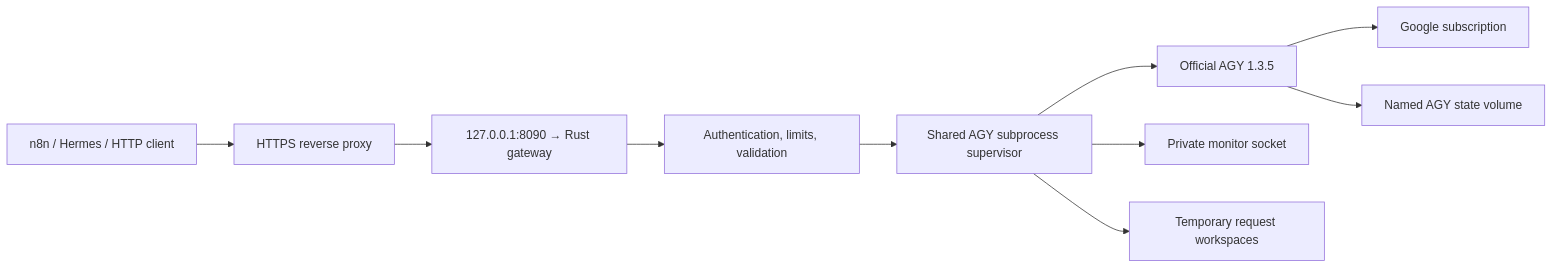
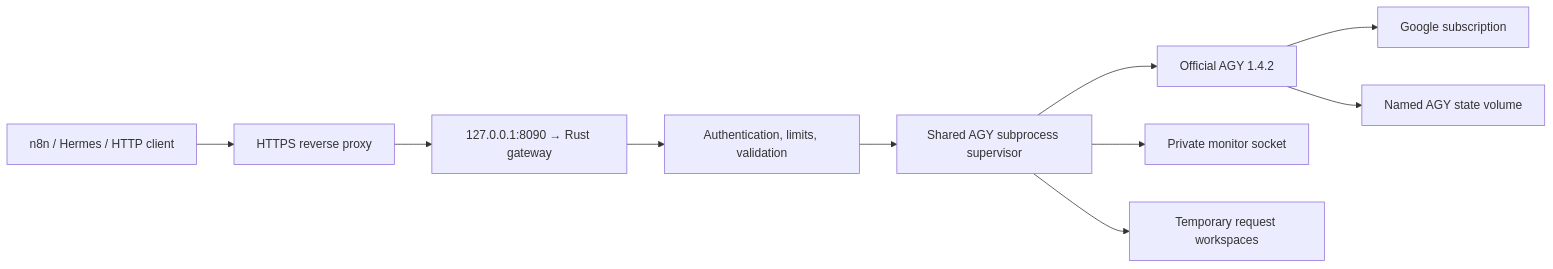
The diagram in README.md (leomleao/ai-router), drawn with Mermaid before and after one commit. The commit also changed 13 other files, not shown here.

````diff
--- a/README.md
+++ b/README.md
@@ -11,12 +11,12 @@
 ```mermaid
 flowchart LR
     C[n8n / Hermes / HTTP client] --> P[HTTPS reverse proxy]
     P --> R[127.0.0.1:8090 → Rust gateway]
     R --> A[Authentication, limits, validation]
     A --> M[Shared AGY subprocess supervisor]
-    M --> G[Official AGY 1.3.5]
+    M --> G[Official AGY 1.4.2]
     G --> S[Google subscription]
     M --> T[Private monitor socket]
     G --> V[Named AGY state volume]
     M --> W[Temporary request workspaces]
 ```
````
